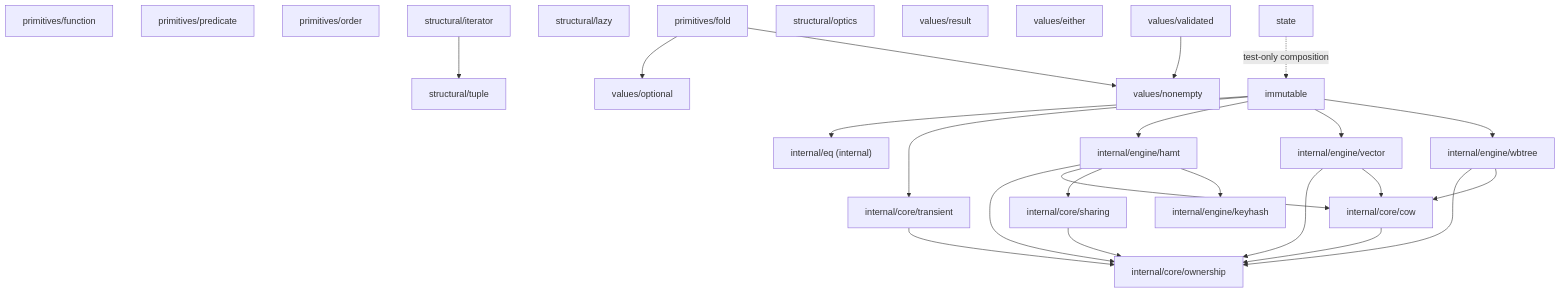
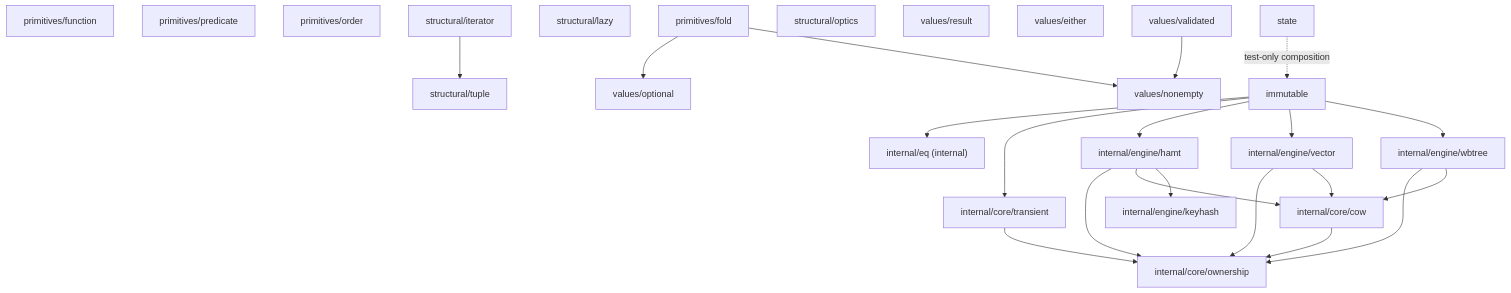
Before and after one commit to alvadorncorp/functional-go: the diagram in docs/overview.md, drawn with Mermaid. The commit also changed other lines of this file and 48 other files, not shown here.

````diff
--- a/docs/overview.md
+++ b/docs/overview.md
@@ -197,49 +207,48 @@
 ```mermaid
 flowchart TB
+  accTitle: functional module production import graph
+  accDescr: Public packages, the internal core with ownership and cow and transient, the engines and eq. Solid edges are production imports and the dashed state edge is test-only composition.
   function[primitives/function]
   predicate[primitives/predicate]
   order[primitives/order]
   fold[primitives/fold]
   tuple[structural/tuple]
   lazy[structural/lazy]
   iterator[structural/iterator]
   optics[structural/optics]
   valuesOptional[values/optional]
   valuesResult[values/result]
   valuesEither[values/either]
   valuesNonEmpty[values/nonempty]
   valuesValidated[values/validated]
   immutable[immutable]
   state[state]
   eq["internal/eq (internal)"]
   ownership["internal/core/ownership"]
   cow["internal/core/cow"]
-  sharing["internal/core/sharing"]
   transient["internal/core/transient"]
   hamt["internal/engine/hamt"]
   vector["internal/engine/vector"]
   wbtree["internal/engine/wbtree"]
   keyhash["internal/engine/keyhash"]
 
   fold --> valuesOptional
   fold --> valuesNonEmpty
   iterator --> tuple
   valuesValidated --> valuesNonEmpty
   immutable --> eq
   immutable --> transient
   immutable --> hamt
   immutable --> vector
   immutable --> wbtree
   hamt --> ownership
   hamt --> cow
-  hamt --> sharing
   hamt --> keyhash
   vector --> ownership
   vector --> cow
   wbtree --> ownership
   wbtree --> cow
   cow --> ownership
-  sharing --> ownership
   transient --> ownership
   state -.->|test-only composition| immutable
 ```
````
